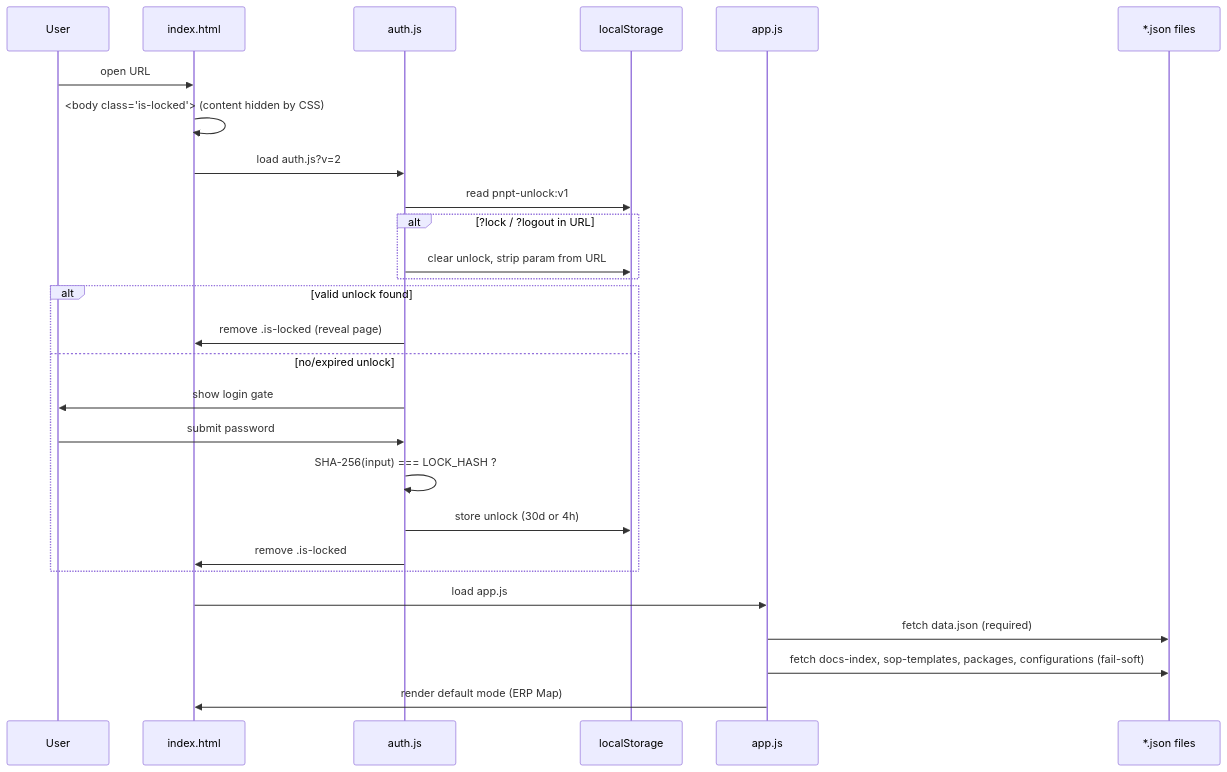
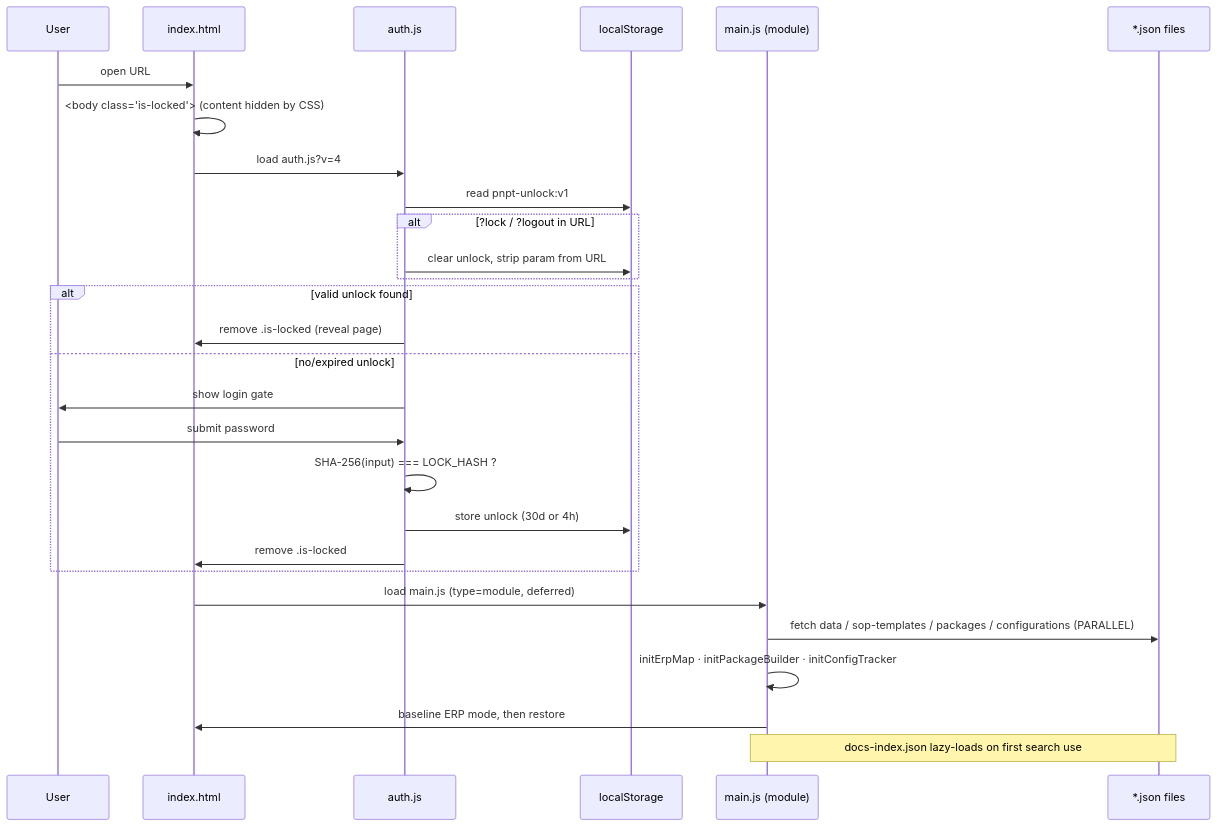
One commit to christiangerbich/procore-erp-map changed the second of 3 diagrams in ARCHITECTURE.md. Above: the diagram before and after it, drawn with Mermaid. The commit also changed other lines of this file and 8 other files, not shown here.

````diff
--- a/ARCHITECTURE.md
+++ b/ARCHITECTURE.md
@@ -78,30 +97,31 @@
 ```mermaid
 sequenceDiagram
     participant U as User
     participant HTML as index.html
     participant Auth as auth.js
     participant LS as localStorage
-    participant App as app.js
+    participant Main as main.js (module)
     participant JSON as *.json files
 
     U->>HTML: open URL
     HTML->>HTML: <body class="is-locked"> (content hidden by CSS)
-    HTML->>Auth: load auth.js?v=2
+    HTML->>Auth: load auth.js?v=4
     Auth->>LS: read pnpt-unlock:v1
     alt ?lock / ?logout in URL
         Auth->>LS: clear unlock, strip param from URL
     end
     alt valid unlock found
         Auth->>HTML: remove .is-locked (reveal page)
     else no/expired unlock
         Auth->>U: show login gate
         U->>Auth: submit password
         Auth->>Auth: SHA-256(input) === LOCK_HASH ?
         Auth->>LS: store unlock (30d or 4h)
         Auth->>HTML: remove .is-locked
     end
-    HTML->>App: load app.js
-    App->>JSON: fetch data.json (required)
-    App->>JSON: fetch docs-index, sop-templates, packages, configurations (fail-soft)
-    App->>HTML: render default mode (ERP Map)
+    HTML->>Main: load main.js (type=module, deferred)
+    Main->>JSON: fetch data / sop-templates / packages / configurations (PARALLEL)
+    Main->>Main: initErpMap · initPackageBuilder · initConfigTracker
+    Main->>HTML: baseline ERP mode, then restore #hash deep link
+    Note over Main,JSON: docs-index.json lazy-loads on first search use
 ```
````
